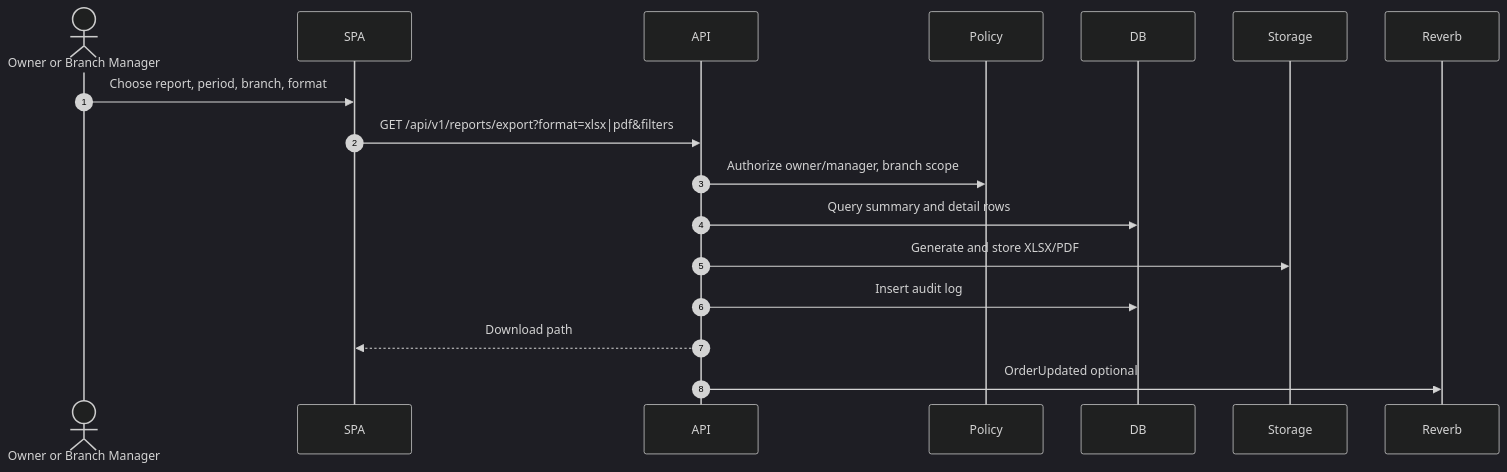
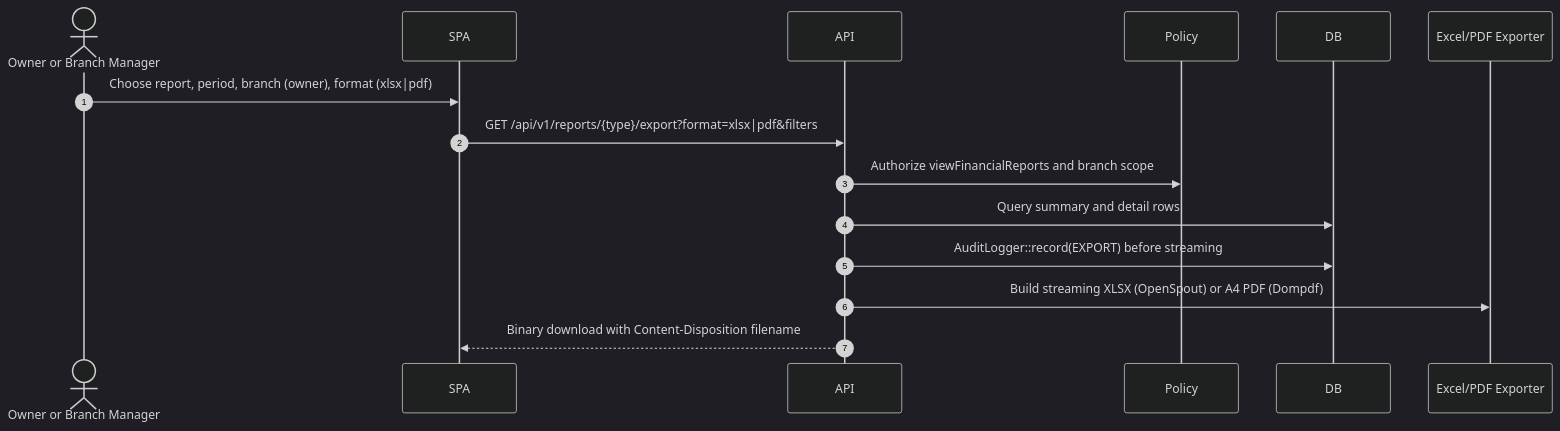
Diagram 20 of 27 in docs/architecture/sequence-diagrams.md (Arukast/pos_alja), drawn with Mermaid (dark theme) before and after one commit. The commit also changed other lines of this file and 6 other files, not shown here.

````diff
--- a/docs/architecture/sequence-diagrams.md
+++ b/docs/architecture/sequence-diagrams.md
@@ -546,20 +546,18 @@
 ```mermaid
 sequenceDiagram
     autonumber
     actor A as Owner or Branch Manager
     participant SPA
     participant API
     participant Policy
     participant DB
-    participant FS as Storage
-    participant R as Reverb
+    participant Exp as Excel/PDF Exporter
 
-    A->>SPA: Choose report, period, branch, format
-    SPA->>API: GET /api/v1/reports/export?format=xlsx|pdf&filters
-    API->>Policy: Authorize owner/manager, branch scope
+    A->>SPA: Choose report, period, branch (owner), format (xlsx|pdf)
+    SPA->>API: GET /api/v1/reports/{type}/export?format=xlsx|pdf&filters
+    API->>Policy: Authorize viewFinancialReports and branch scope
     API->>DB: Query summary and detail rows
-    API->>FS: Generate and store XLSX/PDF
-    API->>DB: Insert audit log
-    API-->>SPA: Download path
-    API->>R: OrderUpdated optional
+    API->>DB: AuditLogger::record(EXPORT) before streaming
+    API->>Exp: Build streaming XLSX (OpenSpout) or A4 PDF (Dompdf)
+    API-->>SPA: Binary download with Content-Disposition filename
 ```
````
